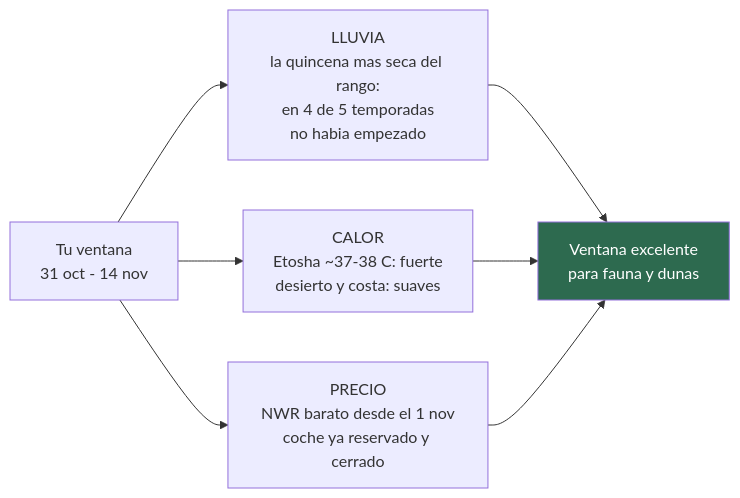
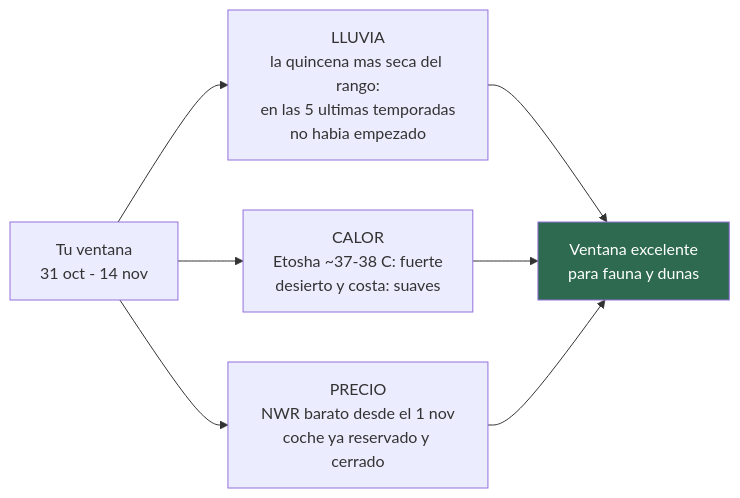
The second of 6 diagrams in README.md (morandeirachema/namibia), drawn with Mermaid before and after one commit. The commit also changed other lines of this file and 3 other files, not shown here.

First line of the commit message:
Las lluvias son mejor noticia de lo que el README decía, y el ±0,04 del ERA5 no es lo que parecía

````diff
--- a/README.md
+++ b/README.md
@@ -302,10 +302,10 @@
 ```mermaid
 flowchart LR
-    A["Tu ventana<br/>31 oct - 14 nov"] --> B["LLUVIA<br/>la quincena mas seca del rango:<br/>en 4 de 5 temporadas<br/>no habia empezado"]
+    A["Tu ventana<br/>31 oct - 14 nov"] --> B["LLUVIA<br/>la quincena mas seca del rango:<br/>en las 5 ultimas temporadas<br/>no habia empezado"]
     A --> C["CALOR<br/>Etosha ~37-38 C: fuerte<br/>desierto y costa: suaves"]
     A --> D["PRECIO<br/>NWR barato desde el 1 nov<br/>coche ya reservado y cerrado"]
     B --> E["Ventana excelente<br/>para fauna y dunas"]
     C --> E
     D --> E
     style E fill:#2d6a4f,color:#fff
 ```
````
